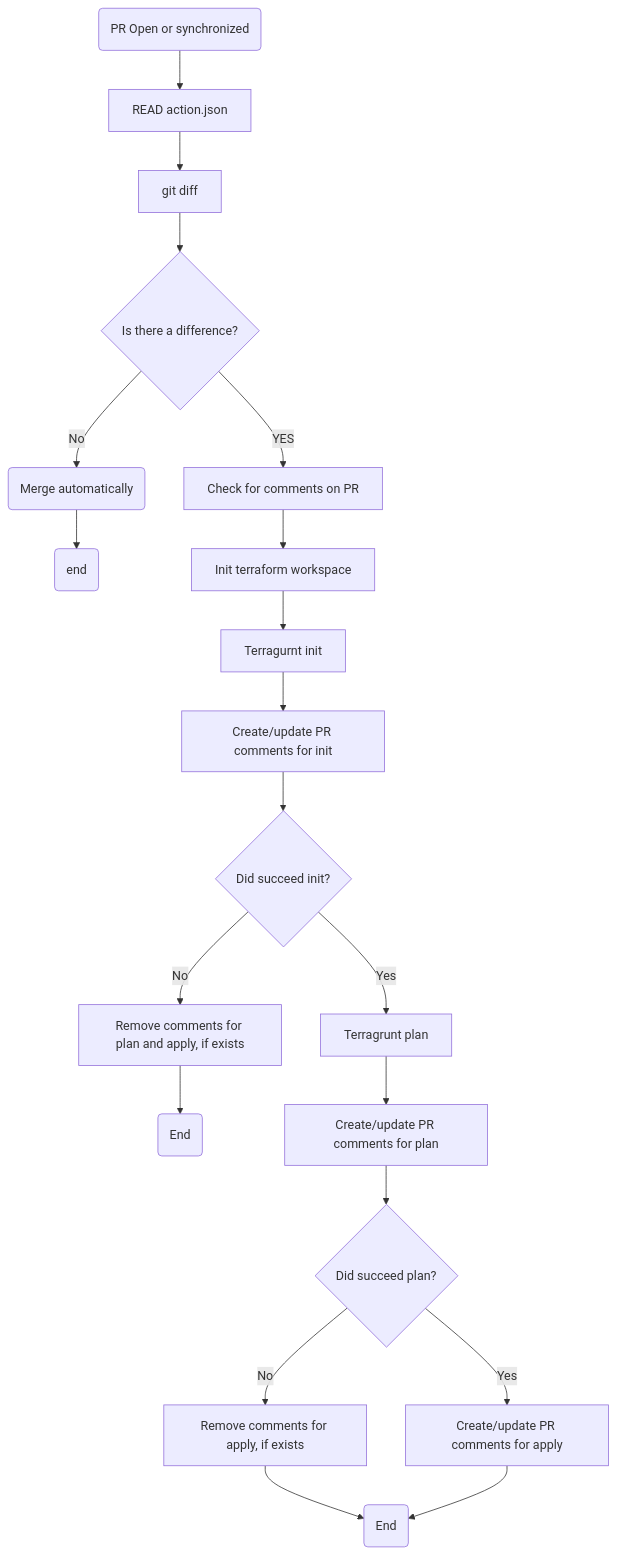
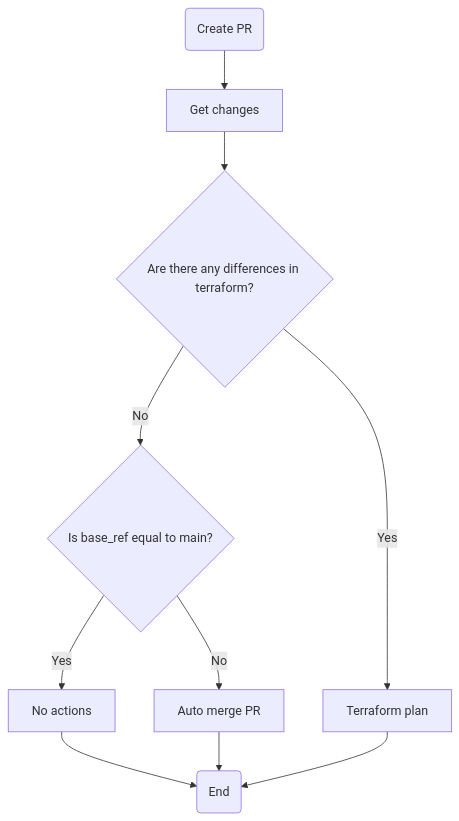
The second of 3 diagrams in README.md (gigops-infra-dev/cicd-template-1), drawn with Mermaid before and after one commit. The commit also changed other lines of this file and 4 other files, not shown here.

````diff
--- a/README.md
+++ b/README.md
@@ -68,10 +63,8 @@
 ```mermaid
 flowchart TD
-  A(PR Open or synchronized) --> B[READ action.json] --> C[git diff] --> D{Is there a difference?}
-  D -- No --> E(Merge automatically) --> b(end)
-  D -- YES --> F[Check for comments on PR] --> P[Init terraform workspace] --> G[Terragurnt init] --> H[Create/update PR comments for init] --> I{Did succeed init?}
-  I -- No --> J[Remove comments for plan and apply, if exists] --> c(End)
-  I -- Yes --> K[Terragrunt plan] --> L[Create/update PR comments for plan] --> M{Did succeed plan?}
-  M -- No --> N[Remove comments for apply, if exists] --> a(End)
-  M -- Yes --> O[Create/update PR comments for apply] --> a(End)
+  A(Create PR) --> B[Get changes] --> C{Are there any differences in terraform?}
+  C -- No --> D{Is base_ref equal to main?}
+  D -- Yes --> E[No actions] --> F(End)
+  D -- No --> G[Auto merge PR] --> F(End)
+  C -- Yes --> I[Terraform plan] --> F(End)
 ```
````
